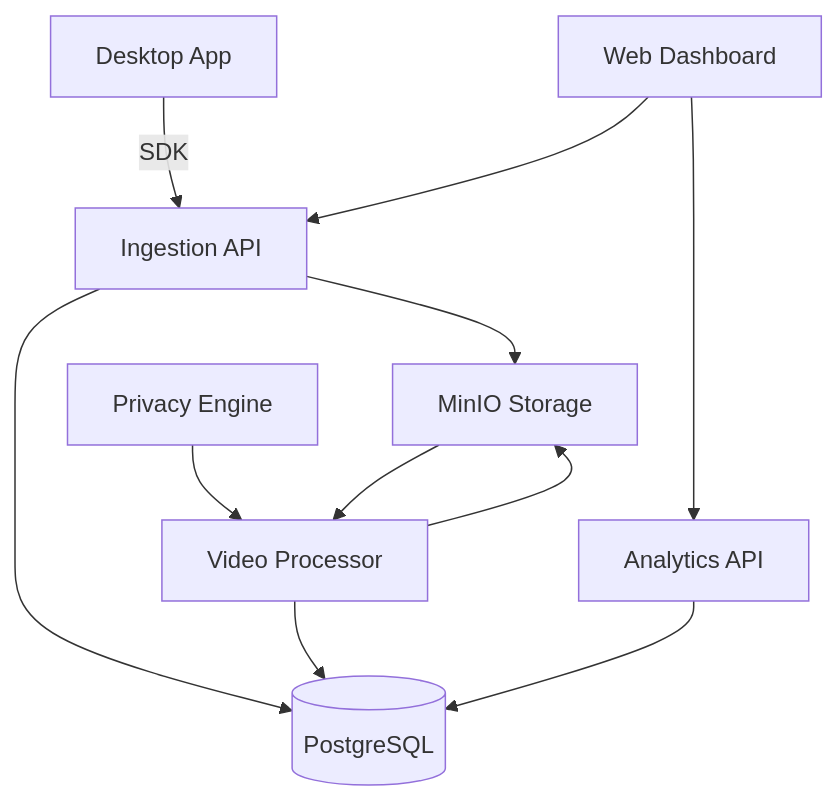
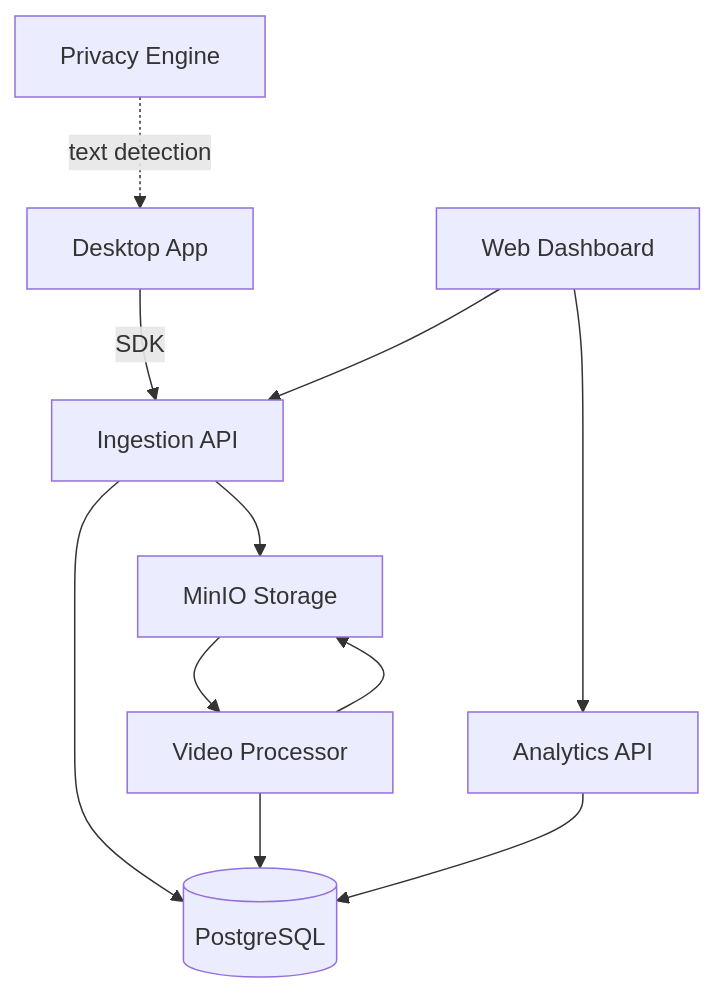
One commit to etherman-os/Chronoscope changed the diagram in README.md. Above: the diagram before and after it, drawn with Mermaid. The commit also changed other lines of this file and 48 other files, not shown here.

````diff
--- a/README.md
+++ b/README.md
@@ -48,13 +48,13 @@
 ```mermaid
 graph TD
     A[Desktop App] -->|SDK| B[Ingestion API]
     B --> C[(PostgreSQL)]
     B --> D[MinIO Storage]
     D --> E[Video Processor]
     E --> D
     E --> C
     F[Web Dashboard] --> B
     F --> G[Analytics API]
     G --> C
-    H[Privacy Engine] --> E
+    H[Privacy Engine] -. text detection .-> A
 ```
````
